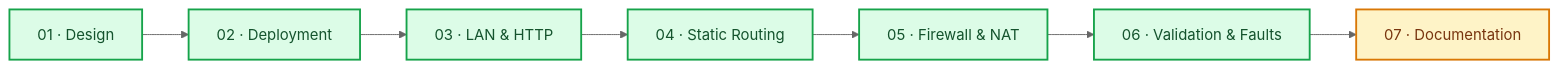
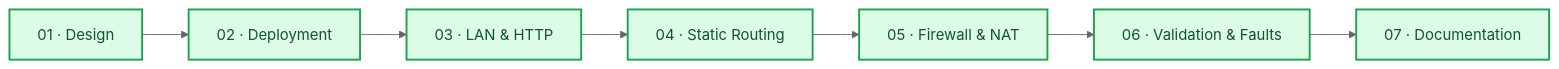
Before and after one commit to DrBham/Small-Office-Multi-Site-Network-Deployment: the diagram in README.md, drawn with Mermaid (neutral theme). The commit also changed other lines of this file and 4 other files, not shown here.

````diff
--- a/README.md
+++ b/README.md
@@ -76,14 +76,13 @@
 ```mermaid
 flowchart LR
     P1["01 · Design"] --> P2["02 · Deployment"]
     P2 --> P3["03 · LAN & HTTP"]
     P3 --> P4["04 · Static Routing"]
     P4 --> P5["05 · Firewall & NAT"]
     P5 --> P6["06 · Validation & Faults"]
     P6 --> P7["07 · Documentation"]
     classDef done fill:#dcfce7,stroke:#16a34a,color:#14532d,stroke-width:2px;
     classDef wip fill:#fef3c7,stroke:#d97706,color:#78350f,stroke-width:2px;
     classDef planned fill:#e2e8f0,stroke:#64748b,color:#334155;
-    class P1,P2,P3,P4,P5,P6 done;
-    class P7 wip;
+    class P1,P2,P3,P4,P5,P6,P7 done;
 ```
````
